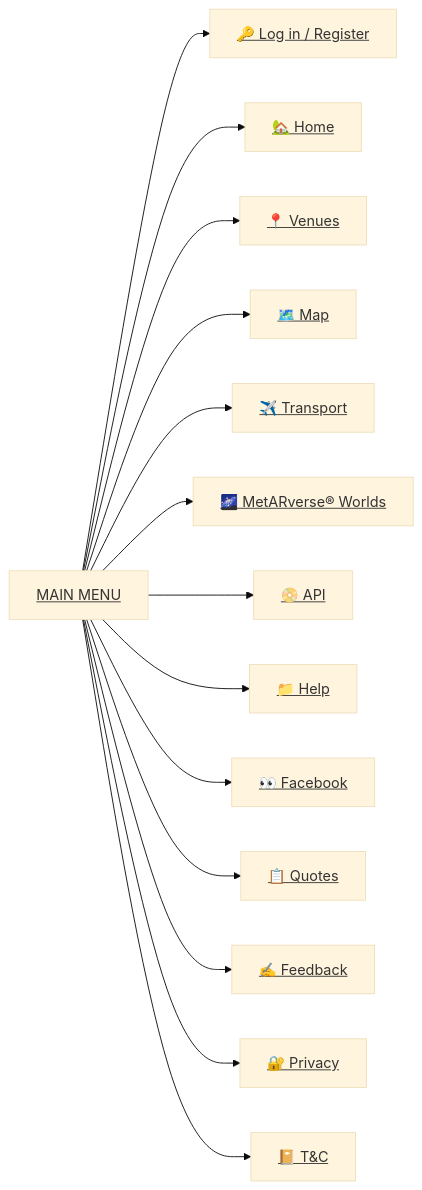
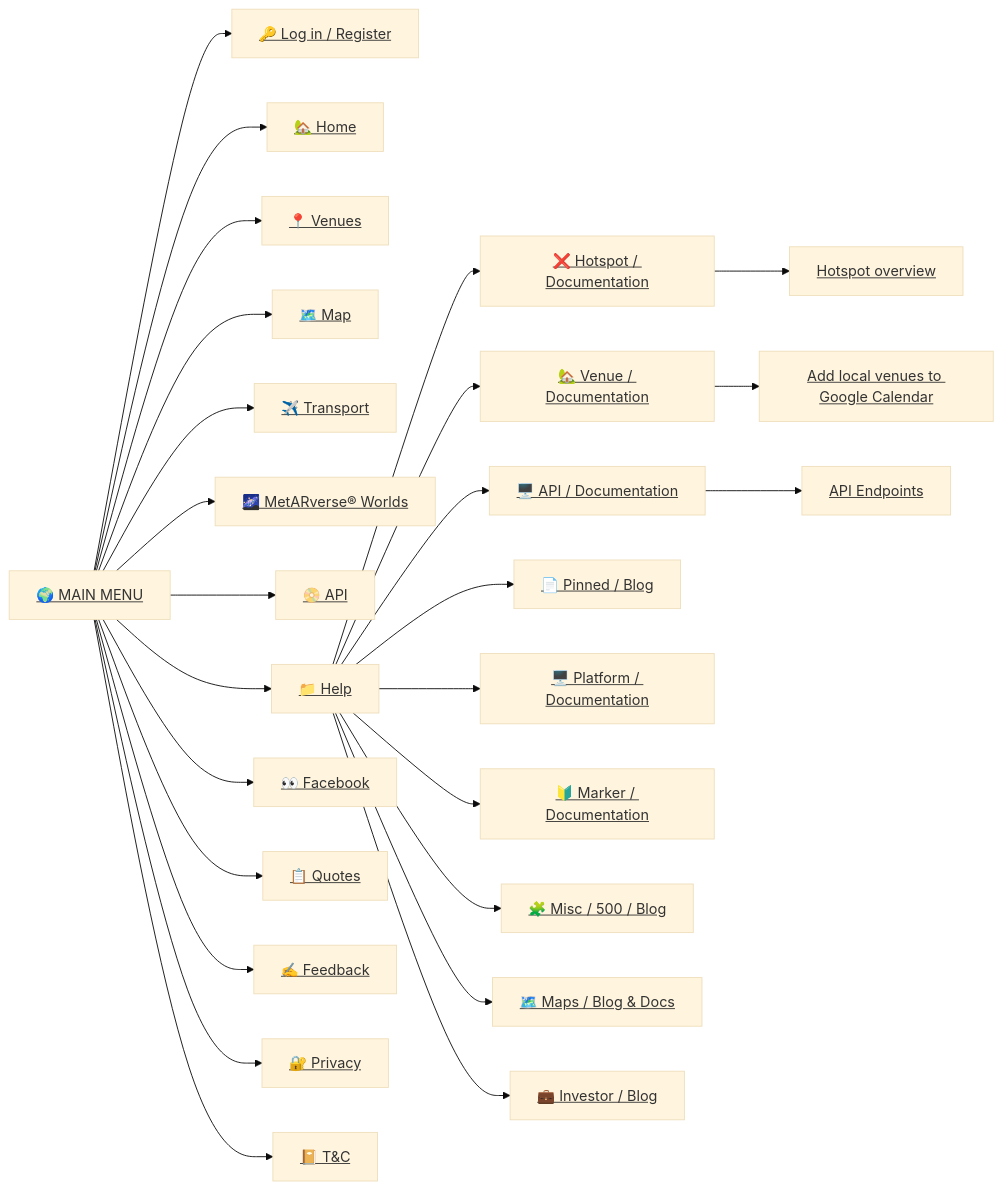
Before and after one commit to GeoARit/.github: the third of 3 diagrams in profile/README.md, drawn with Mermaid (base theme). The commit also changed other lines of this file, not shown here.

````diff
--- a/profile/README.md
+++ b/profile/README.md
@@ -83,34 +166,69 @@
 ```mermaid
 flowchart LR
 
-    MAIN["<u>MAIN MENU</u>"]
+    %% MAIN MENU BLOCK
+    MAIN["<u>🌍 MAIN MENU</u>"]
 
     MAIN --> LOGIN["<u>🔑 Log in / Register</u>"]
     MAIN --> HOME["<u>🏡 Home</u>"]
     MAIN --> VENUES["<u>📍 Venues</u>"]
     MAIN --> MAP["<u>🗺️ Map</u>"]
     MAIN --> TRANSPORT["<u>✈️ Transport</u>"]
     MAIN --> WORLDS["<u>🌌 MetARverse® Worlds</u>"]
     MAIN --> API["<u>📀 API</u>"]
     MAIN --> HELP["<u>📁 Help</u>"]
     MAIN --> FACEBOOK["<u>👀 Facebook</u>"]
     MAIN --> QUOTES["<u>📋 Quotes</u>"]
     MAIN --> FEEDBACK["<u>✍️ Feedback</u>"]
     MAIN --> PRIVACY["<u>🔐 Privacy</u>"]
     MAIN --> TERMS["<u>📔 T&amp;C</u>"]
 
-    click LOGIN "https://geoar.it/account/login" "_blank"
-    click HOME "https://geoar.it" "_blank"
-    click VENUES "https://geoar.it/venues" "_blank"
-    click MAP "https://geoar.it/map" "_blank"
-    click TRANSPORT "https://geoar.it/infrastructure/transport?slug=transport" "_blank"
-    click WORLDS "https://geoar.it/worlds" "_blank"
-    click API "https://geoar.it/api" "_blank"
-    click HELP "https://geoar.it/help" "_blank"
-    click FACEBOOK "https://facebook.com/Metaverse.Ian.Foster" "_blank"
-    click QUOTES "https://geoar.it/quotes" "_blank"
+    %% HELP SYSTEM BLOCK (to the right)
+    HELP --> HS_HOTSPOT["<u>❌ Hotspot / Documentation</u>"]
+    HELP --> HS_VENUE["<u>🏡 Venue / Documentation</u>"]
+    HELP --> HS_API["<u>🖥️ API / Documentation</u>"]
+    HELP --> HS_PINNED["<u>📄 Pinned / Blog</u>"]
+    HELP --> HS_PLATFORM["<u>🖥️ Platform / Documentation</u>"]
+    HELP --> HS_MARKER["<u>🔰 Marker / Documentation</u>"]
+    HELP --> HS_MISC["<u>🧩 Misc / 500 / Blog</u>"]
+    HELP --> HS_MAPS["<u>🗺️ Maps / Blog & Docs</u>"]
+    HELP --> HS_INVESTOR["<u>💼 Investor / Blog</u>"]
+
+    %% Example sub-pages
+    HS_HOTSPOT --> HO_OVERVIEW["<u>Hotspot overview</u>"]
+    HS_VENUE   --> VENUE_ADD_GOOGLE["<u>Add local venues to Google Calendar</u>"]
+    HS_API     --> API_ENDPOINTS["<u>API Endpoints</u>"]
+
+    %% LINKS — parser safe (no tooltip strings)
+    click LOGIN "https://geoar.it/Identity/Account/Login" _blank
+    click HOME "https://geoar.it/" _blank
+    click VENUES "https://geoar.it/venues" _blank
+    click MAP "https://geoar.it/map" _blank
+    click TRANSPORT "https://geoar.it/transport" _blank
+    click WORLDS "https://geoar.it/worlds" _blank
+    click API "https://geoar.it/api" _blank
+    click HELP "https://geoar.it/help" _blank
+    click FACEBOOK "https://facebook.com/Metaverse.Ian.Foster" _blank
+    click QUOTES "https://geoar.it/quotes" _blank
+    click FEEDBACK "https://geoar.it/feedback" _blank
+    click PRIVACY "https://geoar.it/privacy" _blank
+    click TERMS "https://geoar.it/terms" _blank
+
+    click HS_HOTSPOT "https://geoar.it/help#category-Hotspot-Documentation" _blank
+    click HS_VENUE "https://geoar.it/help#category-Venue-Documentation" _blank
+    click HS_API "https://geoar.it/help#category-Api-Documentation" _blank
+    click HS_PINNED "https://geoar.it/help#category-Pinned-Blog" _blank
+    click HS_PLATFORM "https://geoar.it/help#category-Platform-Documentation" _blank
+    click HS_MARKER "https://geoar.it/help#category-Marker-Documentation" _blank
+    click HS_MISC "https://geoar.it/help" _blank
+    click HS_MAPS "https://geoar.it/help#category-Maps-Blog-Docs" _blank
+    click HS_INVESTOR "https://geoar.it/help#category-Investor-Blog" _blank
+
+    click HO_OVERVIEW "https://geoar.it/help/12/Hotspot-overview" _blank
+    click VENUE_ADD_GOOGLE "https://geoar.it/help/28/Add-local-venues-to-your-Google-calendar" _blank
+    click API_ENDPOINTS "https://geoar.it/help/Api/Endpoints" _blank
     click FEEDBACK "https://geoar.it/feedback" "_blank"
     click PRIVACY "https://geoar.it/privacy" "_blank"
     click TERMS "https://geoar.it/terms" "_blank"
 
 ```
````
